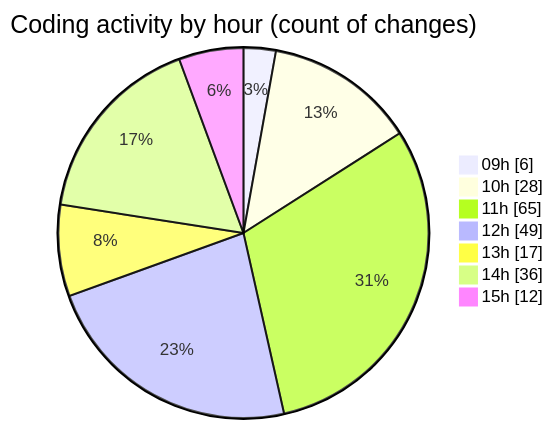
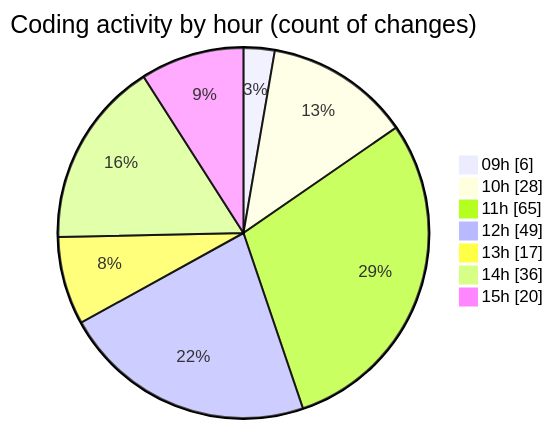
Before and after one commit to momahboobian/code-tracking: the second of 2 diagrams in 2025-03-27/cda/README.md, drawn with Mermaid. The commit also changed other lines of this file and 1 other file, not shown here.

````diff
--- a/2025-03-27/cda/README.md
+++ b/2025-03-27/cda/README.md
@@ -30,11 +31,11 @@
 ```mermaid
 pie showData
 title Coding activity by hour (count of changes)
 "09h" : 6
 "10h" : 28
 "11h" : 65
 "12h" : 49
 "13h" : 17
 "14h" : 36
-"15h" : 12
+"15h" : 20
 ```
````
